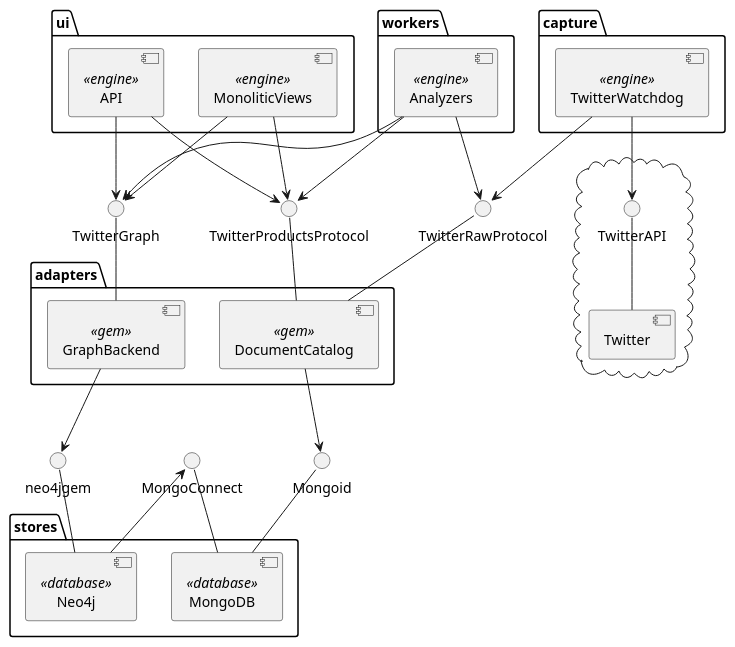
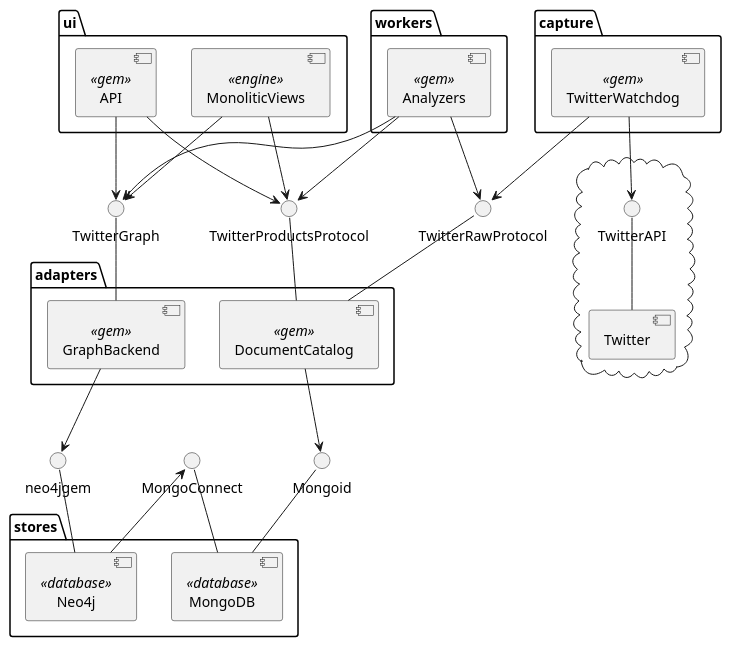
The diagram in spec/docs/arch.plantuml (mizhal/lord-of-the-tweets), drawn with PlantUML before and after one commit. The commit also changed 1 other file, not shown here.

```diff
--- a/spec/docs/arch.plantuml
+++ b/spec/docs/arch.plantuml
@@ -1,61 +1,61 @@
 @startuml
 
 package "stores" {
 	[MongoDB] <<database>>
 	[Neo4j] <<database>>
 }
 
 package "adapters" {
 	[DocumentCatalog] <<gem>>
 	[GraphBackend]	<<gem>>
 }
 
 package "capture" {
-	[TwitterWatchdog] <<engine>>
+	[TwitterWatchdog] <<gem>>
 }
 
 package "workers" {
-	[Analyzers]	<<engine>>
+	[Analyzers]	<<gem>>
 }
 
 package "ui" {	
 	[MonoliticViews] <<engine>>
-	[API] <<engine>>
+	[API] <<gem>>
 }
 
 cloud {
 	[Twitter]
 	TwitterAPI -- [Twitter]
 }
 
 ' storage
 Mongoid -- [MongoDB]
 MongoConnect -- [MongoDB]
 neo4jgem -- [Neo4j]
 [Neo4j] --> MongoConnect
 
 ' adapters
 [DocumentCatalog] --> Mongoid
 [GraphBackend] --> neo4jgem
 
 ' exposed protocols
 TwitterRawProtocol -- [DocumentCatalog]
 TwitterProductsProtocol -- [DocumentCatalog]
 TwitterGraph -- [GraphBackend]
 
 ' operational layer
 [TwitterWatchdog] --> TwitterRawProtocol
 [Analyzers] --> TwitterRawProtocol
 [Analyzers] --> TwitterProductsProtocol
 [Analyzers] --> TwitterGraph
 
 ' user layer
 [MonoliticViews] --> TwitterProductsProtocol
 [API] --> TwitterProductsProtocol
 [MonoliticViews] --> TwitterGraph
 [API] --> TwitterGraph
 
 ' external layer
 [TwitterWatchdog] --> TwitterAPI
 
 @enduml
```
